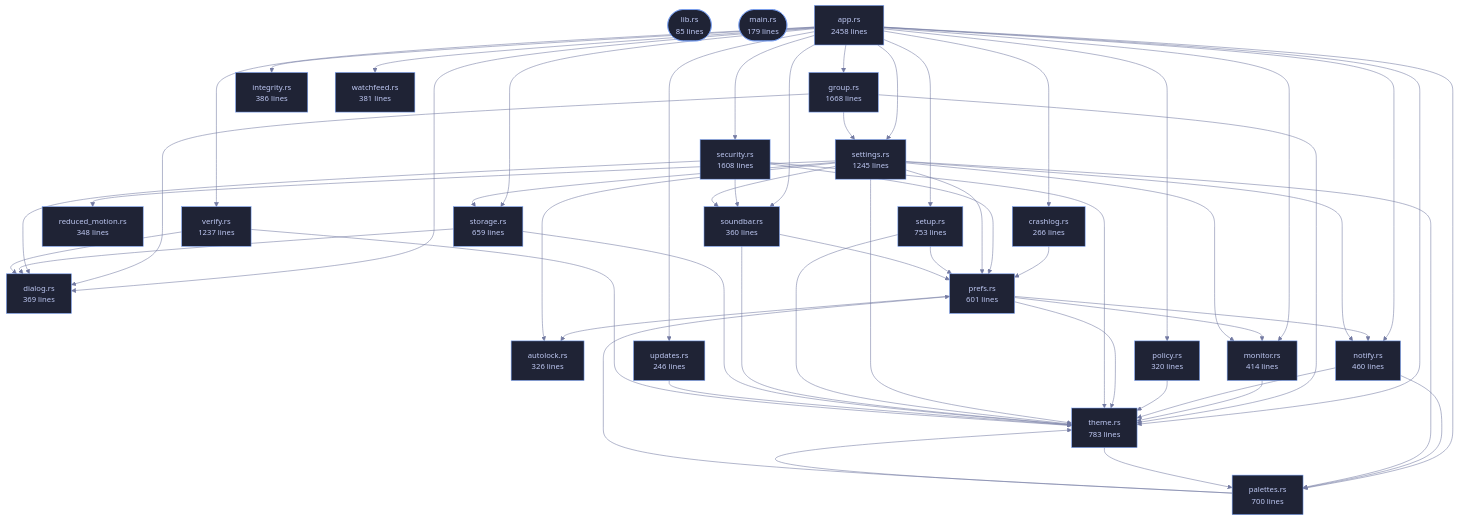
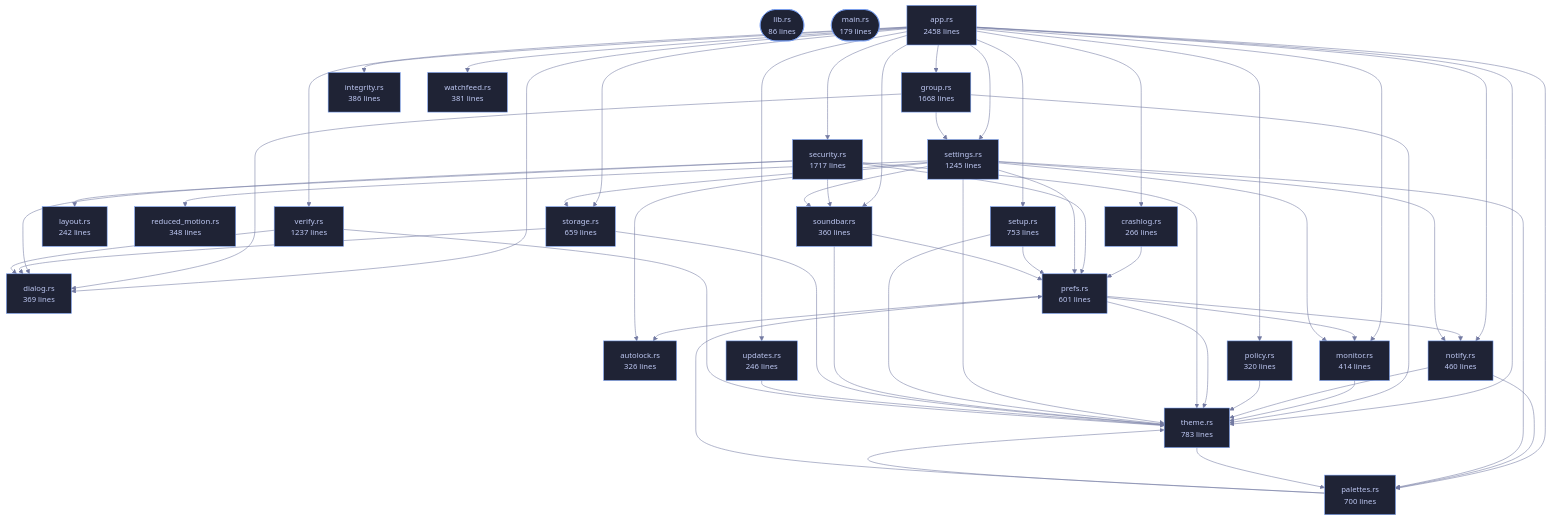
Before and after one commit to tilas01/veilvoice: the diagram in crates/veilvoice-gui/README.md, drawn with Mermaid. The commit also changed other lines of this file and 65 other files, not shown here.

````diff
--- a/crates/veilvoice-gui/README.md
+++ b/crates/veilvoice-gui/README.md
@@ -94,7 +94,7 @@
 ```mermaid
 %%{init: {"theme":"base","themeVariables":{"background":"#1a1b26","primaryColor":"#1f2335","primaryTextColor":"#c0caf5","primaryBorderColor":"#7aa2f7","secondaryColor":"#16161e","tertiaryColor":"#16161e","lineColor":"#737aa2","textColor":"#c0caf5","mainBkg":"#1f2335","nodeBorder":"#7aa2f7","clusterBkg":"#16161e","clusterBorder":"#2f3549","fontFamily":"ui-monospace, SFMono-Regular, Consolas, monospace","fontSize":"14px"}}}%%
 flowchart TD
-    n_lib(["lib.rs<br/>85 lines"])
+    n_lib(["lib.rs<br/>86 lines"])
     n_main(["main.rs<br/>179 lines"])
     n_app["app.rs<br/>2458 lines"]
     n_autolock["autolock.rs<br/>326 lines"]
@@ -102,13 +102,14 @@
     n_dialog["dialog.rs<br/>369 lines"]
     n_group["group.rs<br/>1668 lines"]
     n_integrity["integrity.rs<br/>386 lines"]
+    n_layout["layout.rs<br/>242 lines"]
     n_monitor["monitor.rs<br/>414 lines"]
     n_notify["notify.rs<br/>460 lines"]
     n_palettes["palettes.rs<br/>700 lines"]
     n_policy["policy.rs<br/>320 lines"]
     n_prefs["prefs.rs<br/>601 lines"]
     n_reduced_motion["reduced_motion.rs<br/>348 lines"]
-    n_security["security.rs<br/>1608 lines"]
+    n_security["security.rs<br/>1717 lines"]
     n_settings["settings.rs<br/>1245 lines"]
     n_setup["setup.rs<br/>753 lines"]
     n_soundbar["soundbar.rs<br/>360 lines"]
@@ -149,6 +150,7 @@
     n_prefs --> n_notify
     n_prefs --> n_theme
     n_security --> n_dialog
+    n_security --> n_layout
     n_security --> n_prefs
     n_security --> n_soundbar
     n_security --> n_theme
@@ -179,6 +181,7 @@
     click n_dialog href "https://github.com/tilas01/veilvoice/blob/main/crates/veilvoice-gui/src/dialog.rs" "open the source"
     click n_group href "https://github.com/tilas01/veilvoice/blob/main/crates/veilvoice-gui/src/group.rs" "open the source"
     click n_integrity href "https://github.com/tilas01/veilvoice/blob/main/crates/veilvoice-gui/src/integrity.rs" "open the source"
+    click n_layout href "https://github.com/tilas01/veilvoice/blob/main/crates/veilvoice-gui/src/layout.rs" "open the source"
     click n_monitor href "https://github.com/tilas01/veilvoice/blob/main/crates/veilvoice-gui/src/monitor.rs" "open the source"
     click n_notify href "https://github.com/tilas01/veilvoice/blob/main/crates/veilvoice-gui/src/notify.rs" "open the source"
     click n_palettes href "https://github.com/tilas01/veilvoice/blob/main/crates/veilvoice-gui/src/palettes.rs" "open the source"
````
